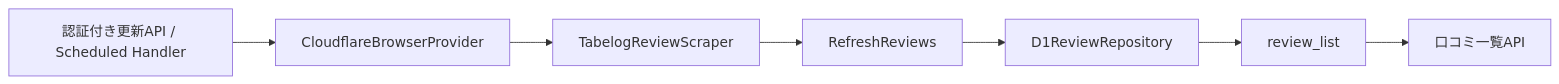
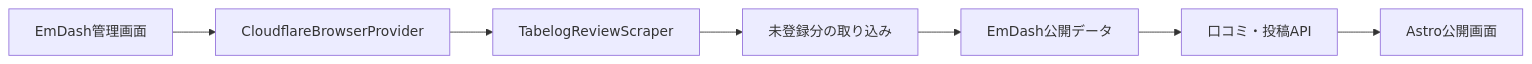
The diagram in README.md (kakami21/review-journal), drawn with Mermaid before and after one commit. The commit also changed other lines of this file and 38 other files, not shown here.

````diff
--- a/README.md
+++ b/README.md
@@ -44,9 +44,9 @@
 ```mermaid
 flowchart LR
-    C["認証付き更新API / Scheduled Handler"] --> B["CloudflareBrowserProvider"]
+    C["EmDash管理画面"] --> B["CloudflareBrowserProvider"]
     B --> S["TabelogReviewScraper"]
-    S --> R["RefreshReviews"]
-    R --> D["D1ReviewRepository"]
-    D --> V["review_list"]
-    V --> A["口コミ一覧API"]
+    S --> I["未登録分の取り込み"]
+    I --> D["EmDash公開データ"]
+    D --> A["口コミ・投稿API"]
+    A --> U["Astro公開画面"]
 ```
````
